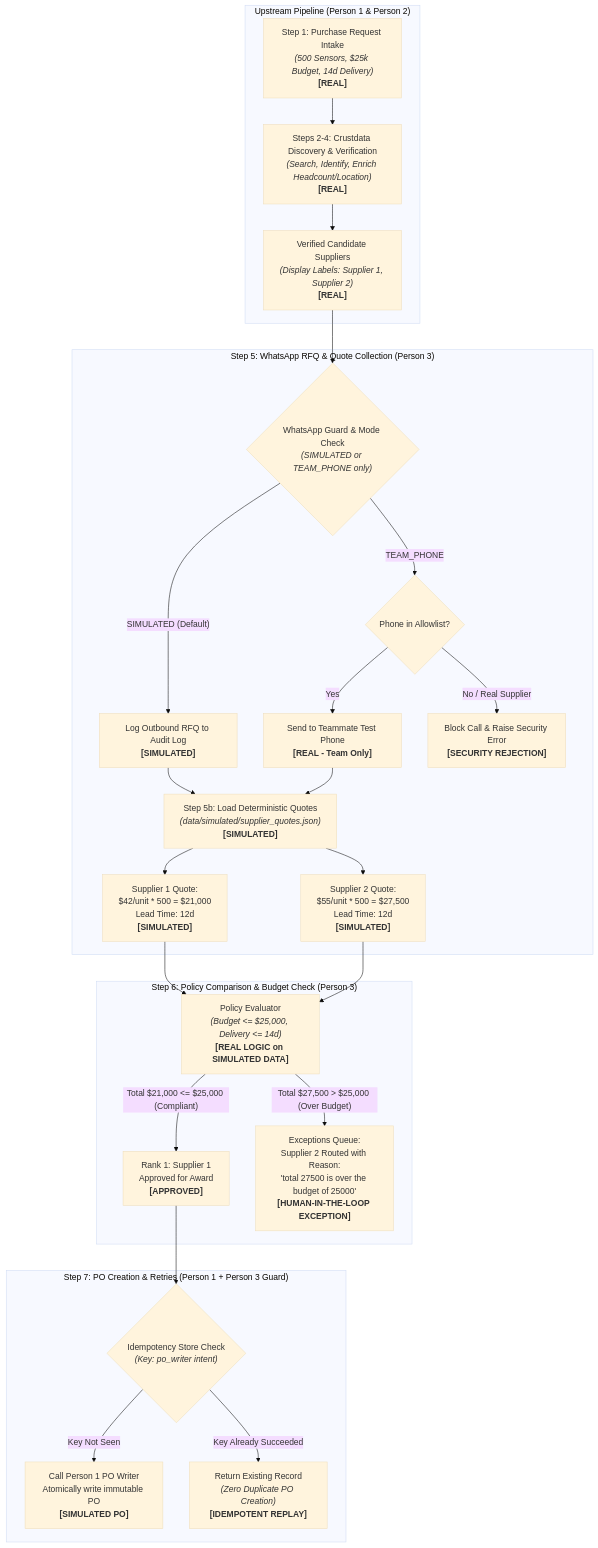
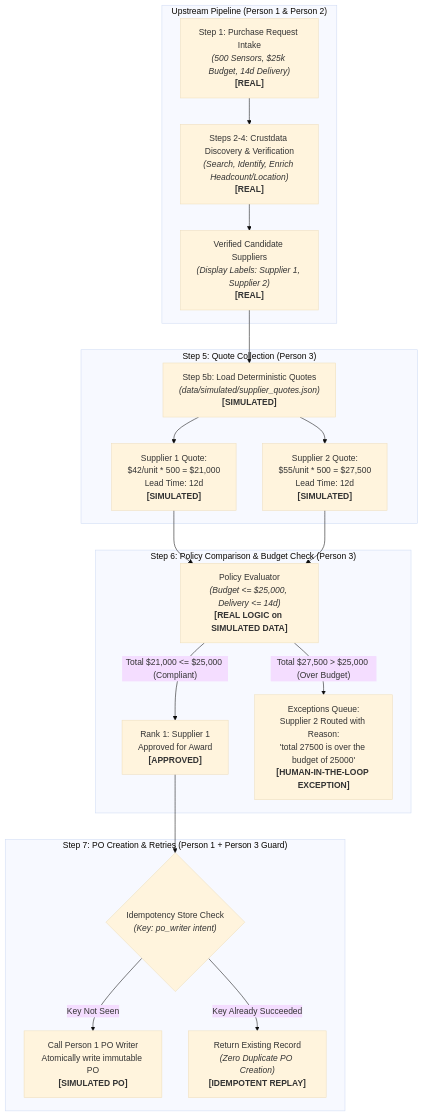
One commit to bratadeepsarkar123/crustdata-hackathon-2026 changed the first of 2 diagrams in docs/workflow_diagram.md. Above: the diagram before and after it, drawn with Mermaid (base theme). The commit also changed other lines of this file and 10 other files, not shown here.

Commit message:
chore: remove WhatsApp per owner decision (dropped for demo)

````diff
--- a/docs/workflow_diagram.md
+++ b/docs/workflow_diagram.md
@@ -11,35 +11,28 @@
 ```mermaid
 flowchart TD
     subgraph Step1_4["Upstream Pipeline (Person 1 & Person 2)"]
         Req["Step 1: Purchase Request Intake<br/><i>(500 Sensors, $25k Budget, 14d Delivery)</i><br/><b>[REAL]</b>"] --> CD["Steps 2-4: Crustdata Discovery & Verification<br/><i>(Search, Identify, Enrich Headcount/Location)</i><br/><b>[REAL]</b>"]
         CD --> VSupp["Verified Candidate Suppliers<br/><i>(Display Labels: Supplier 1, Supplier 2)</i><br/><b>[REAL]</b>"]
     end
 
-    subgraph Step5["Step 5: WhatsApp RFQ & Quote Collection (Person 3)"]
-        VSupp --> WA_Guard{"WhatsApp Guard & Mode Check<br/><i>(SIMULATED or TEAM_PHONE only)</i>"}
-        WA_Guard -- "SIMULATED (Default)" --> WA_SimLog["Log Outbound RFQ to Audit Log<br/><b>[SIMULATED]</b>"]
-        WA_Guard -- "TEAM_PHONE" --> WA_TeamCheck{"Phone in Allowlist?"}
-        WA_TeamCheck -- "Yes" --> WA_RealTeam["Send to Teammate Test Phone<br/><b>[REAL - Team Only]</b>"]
-        WA_TeamCheck -- "No / Real Supplier" --> WA_Block["Block Call & Raise Security Error<br/><b>[SECURITY REJECTION]</b>"]
-        
-        WA_SimLog --> Quote_Load["Step 5b: Load Deterministic Quotes<br/><i>(data/simulated/supplier_quotes.json)</i><br/><b>[SIMULATED]</b>"]
-        WA_RealTeam --> Quote_Load
+    subgraph Step5["Step 5: Quote Collection (Person 3)"]
+        VSupp --> Quote_Load["Step 5b: Load Deterministic Quotes<br/><i>(data/simulated/supplier_quotes.json)</i><br/><b>[SIMULATED]</b>"]
         
         Quote_Load --> Q1["Supplier 1 Quote:<br/>$42/unit * 500 = $21,000<br/>Lead Time: 12d<br/><b>[SIMULATED]</b>"]
         Quote_Load --> Q2["Supplier 2 Quote:<br/>$55/unit * 500 = $27,500<br/>Lead Time: 12d<br/><b>[SIMULATED]</b>"]
     end
 
     subgraph Step6["Step 6: Policy Comparison & Budget Check (Person 3)"]
         Q1 --> PolEval["Policy Evaluator<br/><i>(Budget <= $25,000, Delivery <= 14d)</i><br/><b>[REAL LOGIC on SIMULATED DATA]</b>"]
         Q2 --> PolEval
         
         PolEval -- "Total $21,000 <= $25,000 (Compliant)" --> Rank["Rank 1: Supplier 1<br/>Approved for Award<br/><b>[APPROVED]</b>"]
         PolEval -- "Total $27,500 > $25,000 (Over Budget)" --> ExcQueue["Exceptions Queue:<br/>Supplier 2 Routed with Reason:<br/>'total 27500 is over the budget of 25000'<br/><b>[HUMAN-IN-THE-LOOP EXCEPTION]</b>"]
     end
 
     subgraph Step7["Step 7: PO Creation & Retries (Person 1 + Person 3 Guard)"]
         Rank --> IdempGuard{"Idempotency Store Check<br/><i>(Key: po_writer intent)</i>"}
         IdempGuard -- "Key Not Seen" --> CreatePO["Call Person 1 PO Writer<br/>Atomically write immutable PO<br/><b>[SIMULATED PO]</b>"]
         IdempGuard -- "Key Already Succeeded" --> CachedPO["Return Existing Record<br/><i>(Zero Duplicate PO Creation)</i><br/><b>[IDEMPOTENT REPLAY]</b>"]
     end
 ```
````
